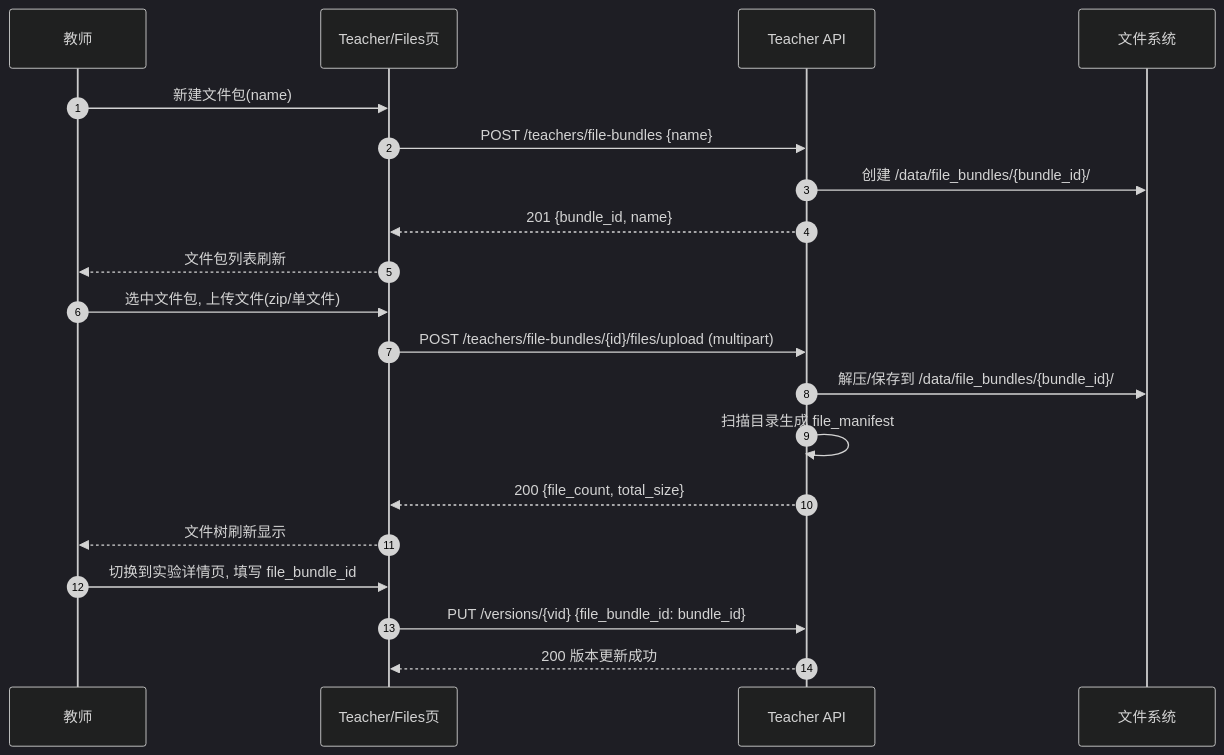
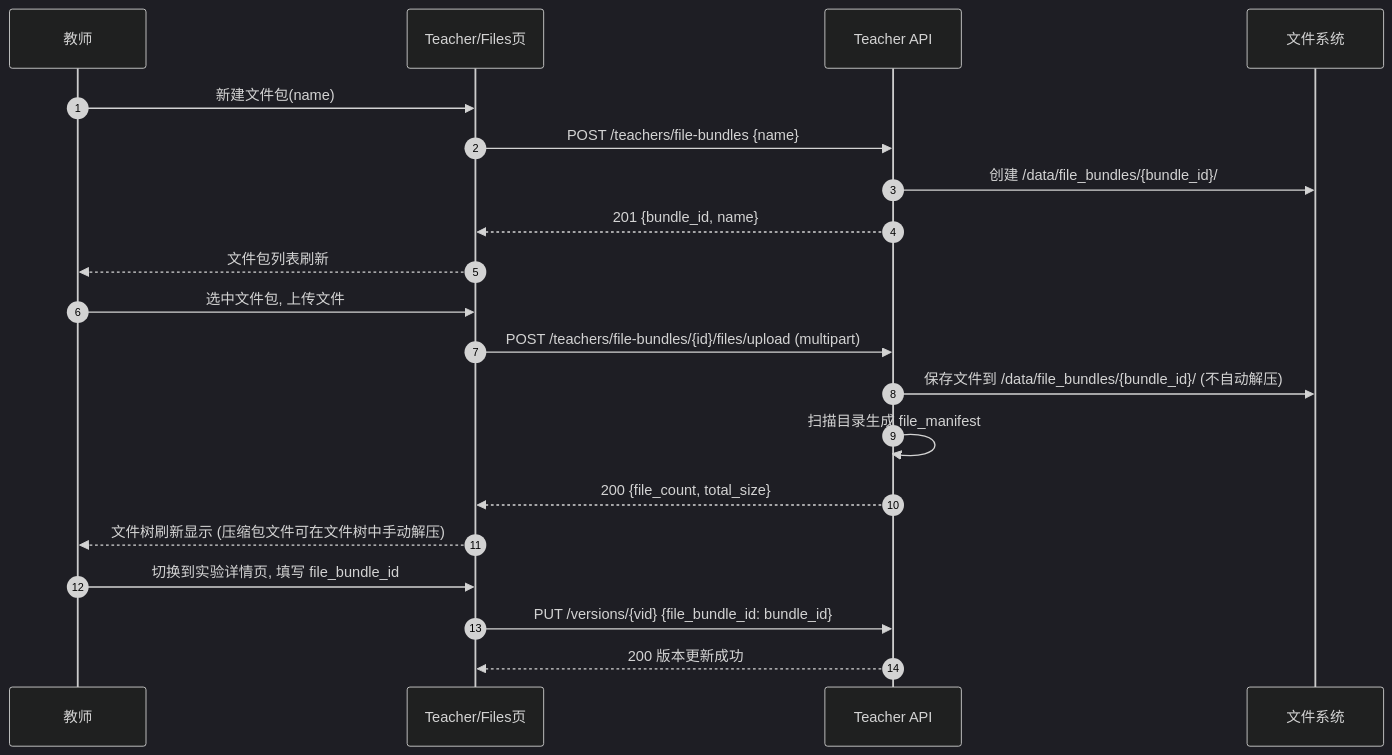
Before and after one commit to Thouder03/edubot-twin: the first of 6 diagrams in docs/第10期/SDD-第10期补充：实验管理增强与资源管理体系.md, drawn with Mermaid (dark theme). The commit also changed other lines of this file, not shown here.

````diff
--- a/docs/第10期/SDD-第10期补充：实验管理增强与资源管理体系.md
+++ b/docs/第10期/SDD-第10期补充：实验管理增强与资源管理体系.md
@@ -185,25 +202,25 @@
 ```mermaid
 sequenceDiagram
   autonumber
   participant T as 教师
   participant FE as Teacher/Files页
   participant BE as Teacher API
   participant FS as 文件系统
 
   T->>FE: 新建文件包(name)
   FE->>BE: POST /teachers/file-bundles {name}
   BE->>FS: 创建 /data/file_bundles/{bundle_id}/
   BE-->>FE: 201 {bundle_id, name}
   FE-->>T: 文件包列表刷新
 
-  T->>FE: 选中文件包, 上传文件(zip/单文件)
+  T->>FE: 选中文件包, 上传文件
   FE->>BE: POST /teachers/file-bundles/{id}/files/upload (multipart)
-  BE->>FS: 解压/保存到 /data/file_bundles/{bundle_id}/
+  BE->>FS: 保存文件到 /data/file_bundles/{bundle_id}/ (不自动解压)
   BE->>BE: 扫描目录生成 file_manifest
   BE-->>FE: 200 {file_count, total_size}
-  FE-->>T: 文件树刷新显示
+  FE-->>T: 文件树刷新显示 (压缩包文件可在文件树中手动解压)
 
   T->>FE: 切换到实验详情页, 填写 file_bundle_id
   FE->>BE: PUT /versions/{vid} {file_bundle_id: bundle_id}
   BE-->>FE: 200 版本更新成功
 ```
````
